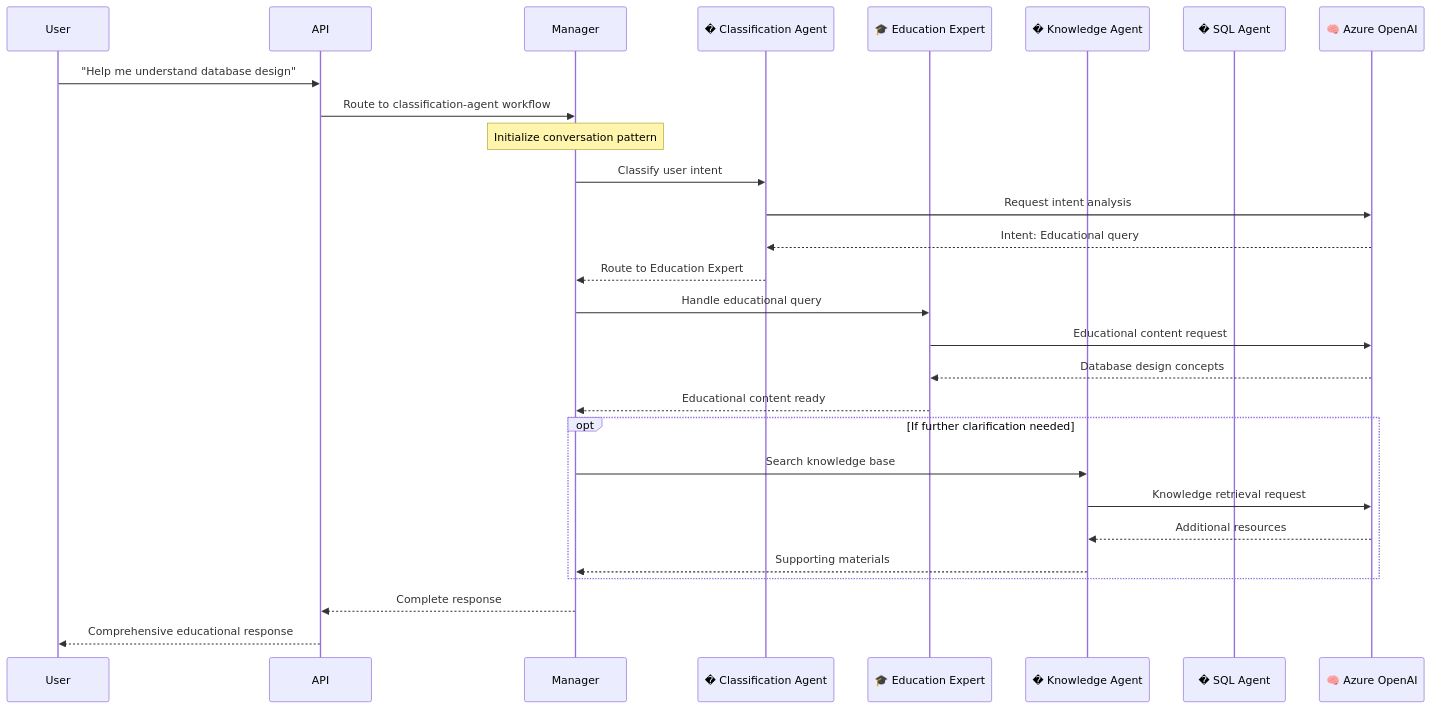
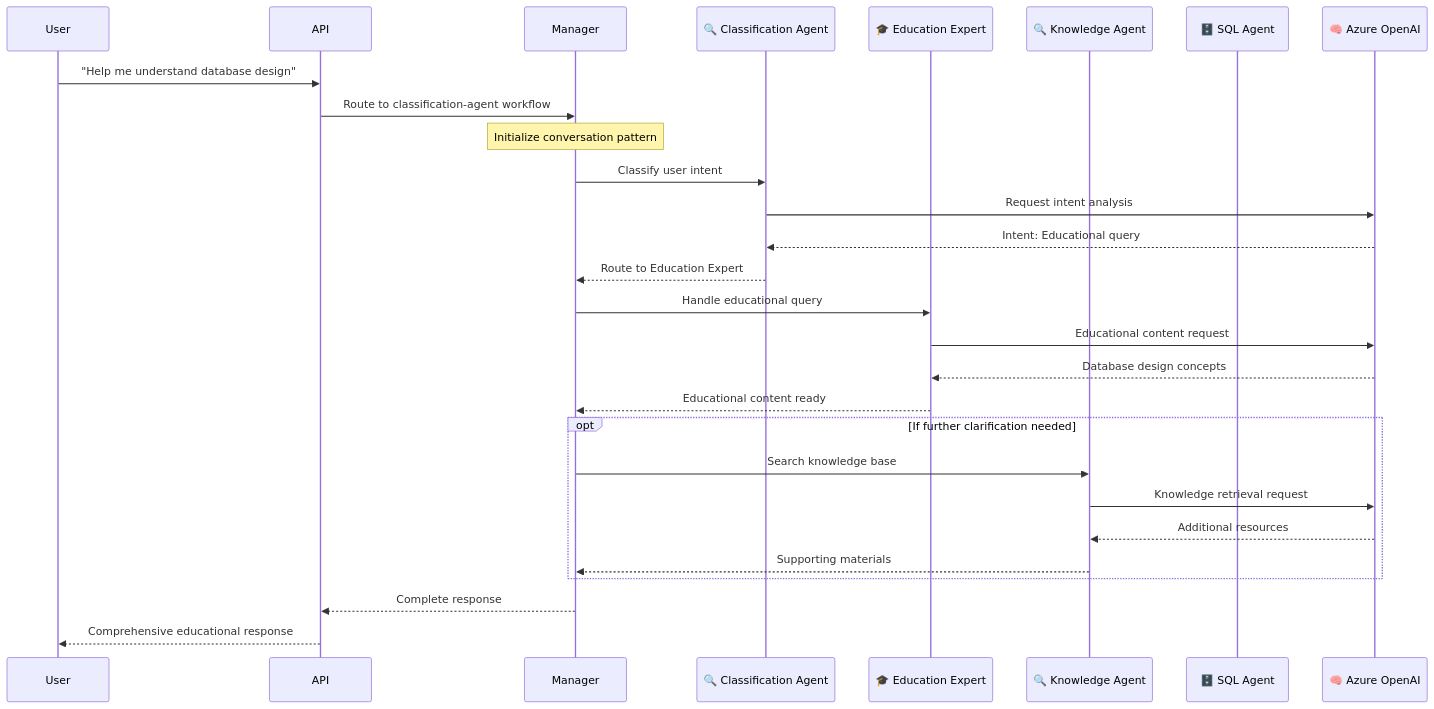
Before and after one commit to the-ingenious-dark-knight/Insight_Ingenious: the seventh of 13 diagrams in docs/architecture/README.md, drawn with Mermaid. The commit also changed other lines of this file and 3 other files, not shown here.

````diff
--- a/docs/architecture/README.md
+++ b/docs/architecture/README.md
@@ -297,35 +297,35 @@
 ```mermaid
 sequenceDiagram
     participant User
     participant API
     participant Manager
-    participant Agent1 as � Classification Agent
+    participant Agent1 as 🔍 Classification Agent
     participant Agent2 as 🎓 Education Expert
-    participant Agent3 as � Knowledge Agent
-    participant Agent4 as �️ SQL Agent
+    participant Agent3 as 🔍 Knowledge Agent
+    participant Agent4 as 🗄️ SQL Agent
     participant LLM as 🧠 Azure OpenAI
 
     User->>API: "Help me understand database design"
     API->>Manager: Route to classification-agent workflow
 
     Note over Manager: Initialize conversation pattern
     Manager->>Agent1: Classify user intent
     Agent1->>LLM: Request intent analysis
     LLM-->>Agent1: Intent: Educational query
     Agent1-->>Manager: Route to Education Expert
 
     Manager->>Agent2: Handle educational query
     Agent2->>LLM: Educational content request
     LLM-->>Agent2: Database design concepts
     Agent2-->>Manager: Educational content ready
 
     opt If further clarification needed
         Manager->>Agent3: Search knowledge base
         Agent3->>LLM: Knowledge retrieval request
         LLM-->>Agent3: Additional resources
         Agent3-->>Manager: Supporting materials
     end
 
     Manager-->>API: Complete response
     API-->>User: Comprehensive educational response
 ```
````
